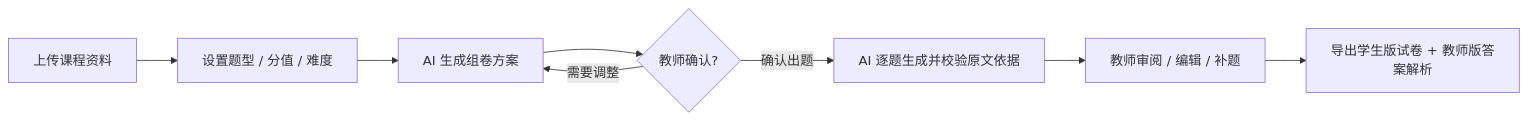
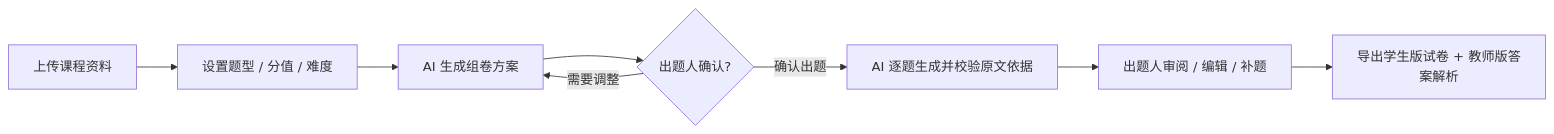
One commit to lokenpee/ExamPilot changed the first of 3 diagrams in ExamPilot-PRD.md. Above: the diagram before and after it, drawn with Mermaid. The commit also changed other lines of this file and 1 other file, not shown here.

````diff
--- a/ExamPilot-PRD.md
+++ b/ExamPilot-PRD.md
@@ -31,10 +34,10 @@
 ```mermaid
 flowchart LR
     A[上传课程资料] --> B[设置题型 / 分值 / 难度]
     B --> C[AI 生成组卷方案]
-    C --> D{教师确认?}
+    C --> D{出题人确认?}
     D -- 需要调整 --> C
     D -- 确认出题 --> E[AI 逐题生成并校验原文依据]
-    E --> F[教师审阅 / 编辑 / 补题]
+    E --> F[出题人审阅 / 编辑 / 补题]
     F --> G[导出学生版试卷 + 教师版答案解析]
 ```
````
